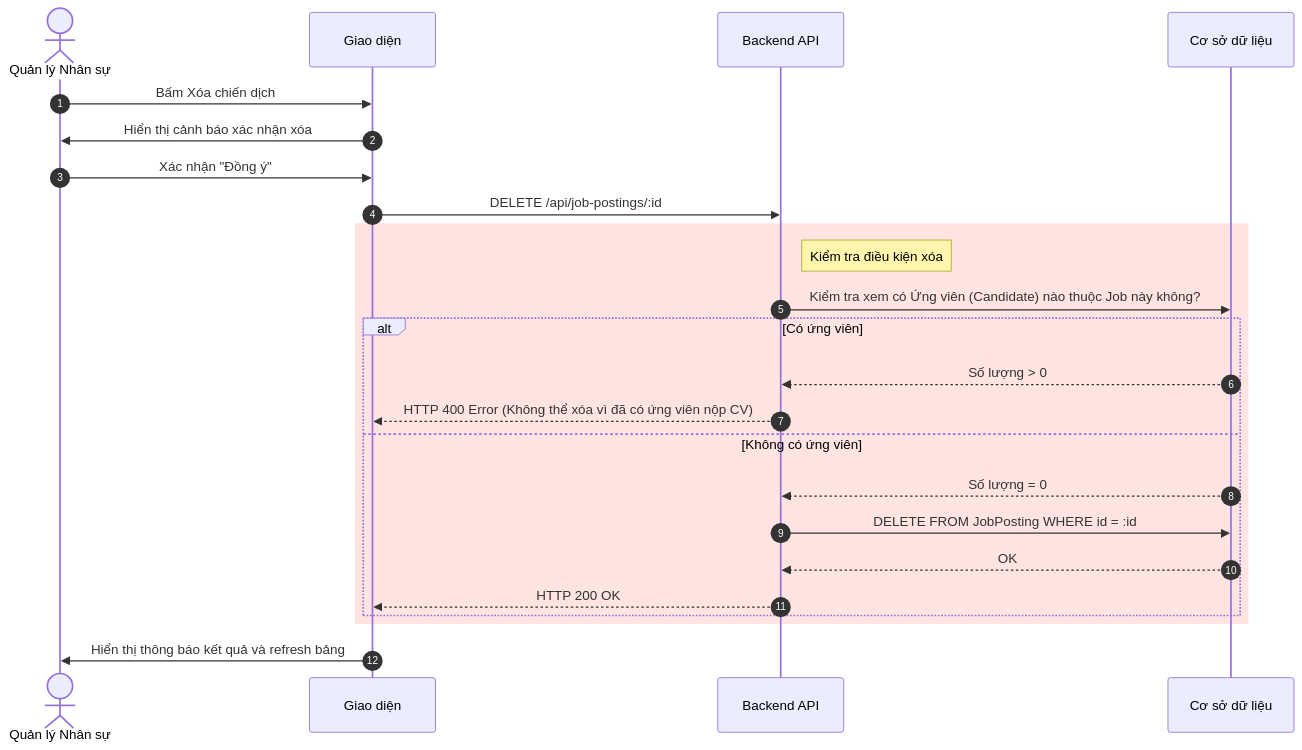
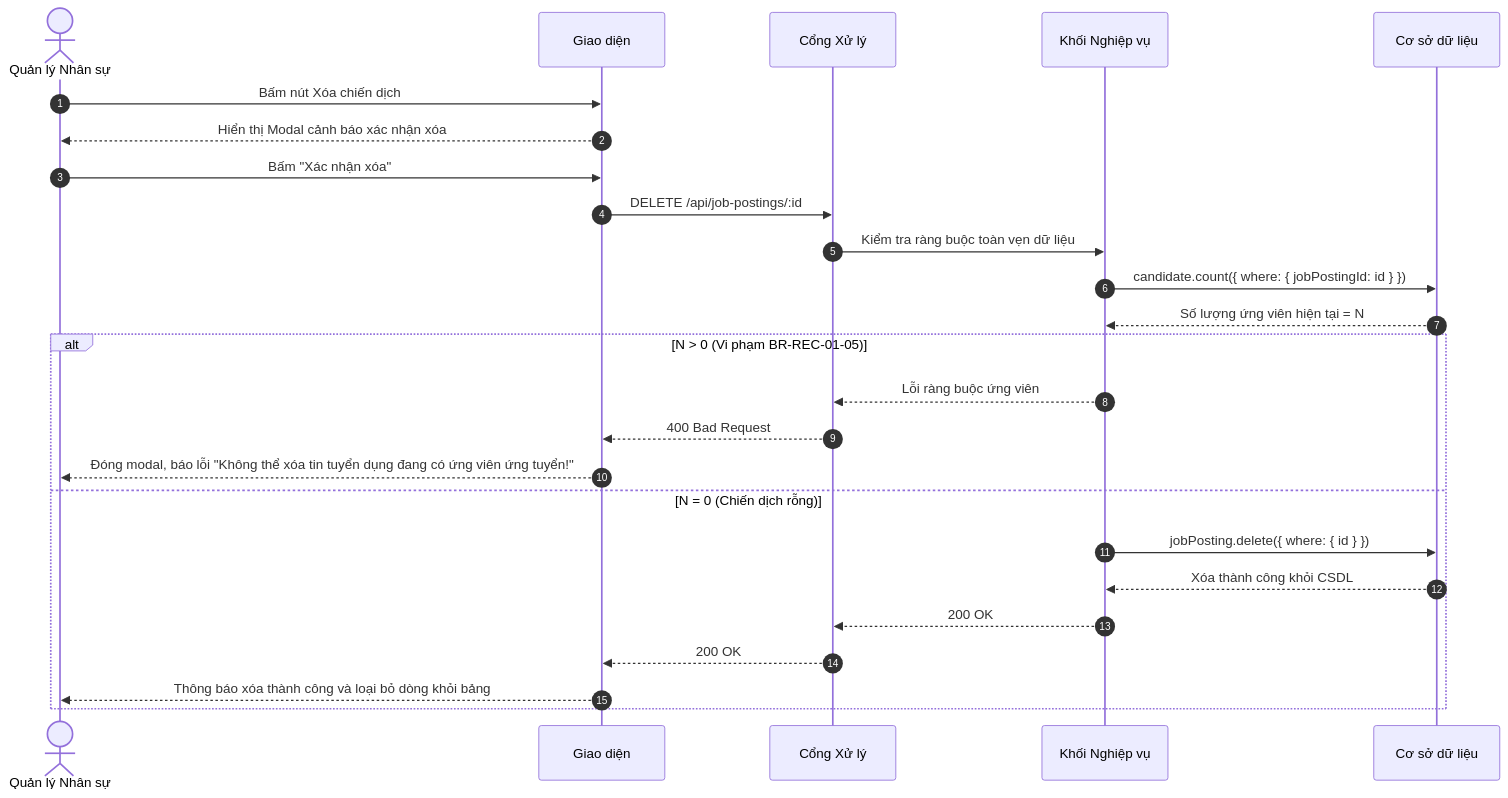
The eighth of 8 diagrams in docs/Tài liệu phân tích nghiệp vụ từng module/Module Tuyển dụng/Chuc-nang-Yeu-cau-Tuyen-dung.md (aye2710/HRM-DATN), drawn with Mermaid before and after one commit. The commit also changed other lines of this file and 27 other files, not shown here.

````diff
--- a/docs/Tài liệu phân tích nghiệp vụ từng module/Module Tuyển dụng/Chuc-nang-Yeu-cau-Tuyen-dung.md
+++ b/docs/Tài liệu phân tích nghiệp vụ từng module/Module Tuyển dụng/Chuc-nang-Yeu-cau-Tuyen-dung.md
@@ -76,29 +300,28 @@
 ```mermaid
 sequenceDiagram
     autonumber
     actor HR as Quản lý Nhân sự
     participant FE as Giao diện
-    participant BE as Backend API
+    participant API as Cổng Xử lý
+    participant BE as Khối Nghiệp vụ
     participant DB as Cơ sở dữ liệu
 
-    HR->>FE: Bấm Xóa chiến dịch
-    FE->>HR: Hiển thị cảnh báo xác nhận xóa
-    HR->>FE: Xác nhận "Đồng ý"
-    FE->>BE: DELETE /api/job-postings/:id
-    
-    rect rgb(255, 228, 225)
-        note right of BE: Kiểm tra điều kiện xóa
-        BE->>DB: Kiểm tra xem có Ứng viên (Candidate) nào thuộc Job này không?
-        alt Có ứng viên
-            DB-->>BE: Số lượng > 0
-            BE-->>FE: HTTP 400 Error (Không thể xóa vì đã có ứng viên nộp CV)
-        else Không có ứng viên
-            DB-->>BE: Số lượng = 0
-            BE->>DB: DELETE FROM JobPosting WHERE id = :id
-            DB-->>BE: OK
-            BE-->>FE: HTTP 200 OK
-        end
+    HR->>FE: Bấm nút Xóa chiến dịch
+    FE-->>HR: Hiển thị Modal cảnh báo xác nhận xóa
+    HR->>FE: Bấm "Xác nhận xóa"
+    FE->>API: DELETE /api/job-postings/:id
+    API->>BE: Kiểm tra ràng buộc toàn vẹn dữ liệu
+    BE->>DB: candidate.count({ where: { jobPostingId: id } })
+    DB-->>BE: Số lượng ứng viên hiện tại = N
+    alt N > 0 (Vi phạm BR-REC-01-05)
+        BE-->>API: Lỗi ràng buộc ứng viên
+        API-->>FE: 400 Bad Request
+        FE-->>HR: Đóng modal, báo lỗi "Không thể xóa tin tuyển dụng đang có ứng viên ứng tuyển!"
+    else N = 0 (Chiến dịch rỗng)
+        BE->>DB: jobPosting.delete({ where: { id } })
+        DB-->>BE: Xóa thành công khỏi CSDL
+        BE-->>API: 200 OK
+        API-->>FE: 200 OK
+        FE-->>HR: Thông báo xóa thành công và loại bỏ dòng khỏi bảng
     end
-    
-    FE->>HR: Hiển thị thông báo kết quả và refresh bảng
 ```
````
